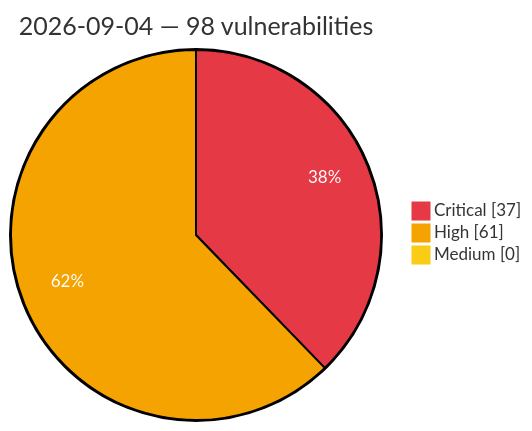
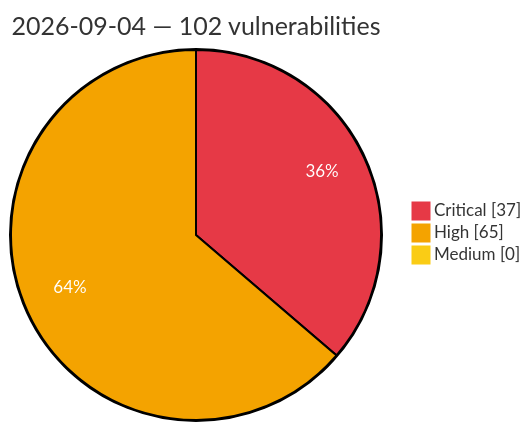
One commit to GhostX0X/vuln-tracker changed the diagram in vulnerabilities/2026/September/2026-09-04.md. Above: the diagram before and after it, drawn with Mermaid. The commit also changed other lines of this file and 8 other files, not shown here.

````diff
--- a/vulnerabilities/2026/September/2026-09-04.md
+++ b/vulnerabilities/2026/September/2026-09-04.md
@@ -3,8 +3,8 @@
 ```mermaid
 %%{init: {'theme':'base', 'themeVariables': {'pie1':'#e63946', 'pie2':'#f4a300', 'pie3':'#facc15', 'pieOpacity':'1', 'pieOuterStrokeWidth':'2px', 'pieSectionTextColor':'#ffffff'}}}%%
 pie showData
-    title 2026-09-04 — 98 vulnerabilities
+    title 2026-09-04 — 102 vulnerabilities
     "Critical" : 37
-    "High" : 61
+    "High" : 65
     "Medium" : 0
 ```
````
